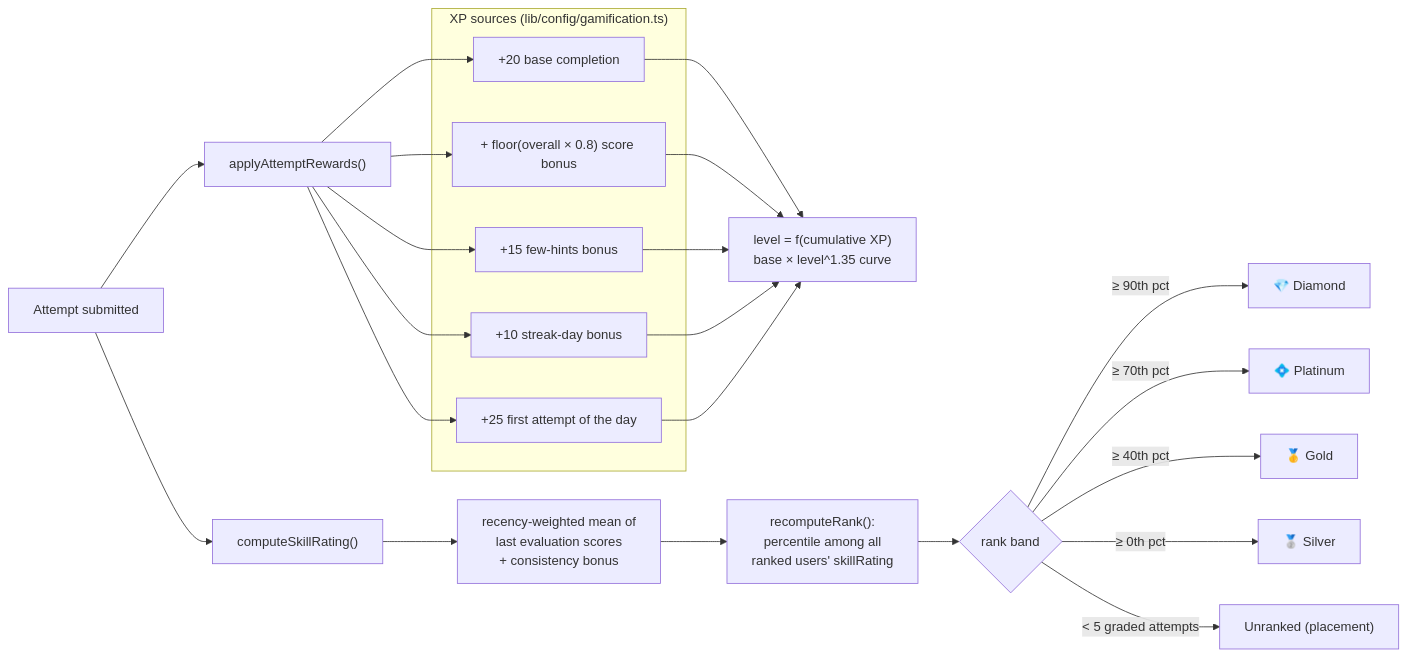
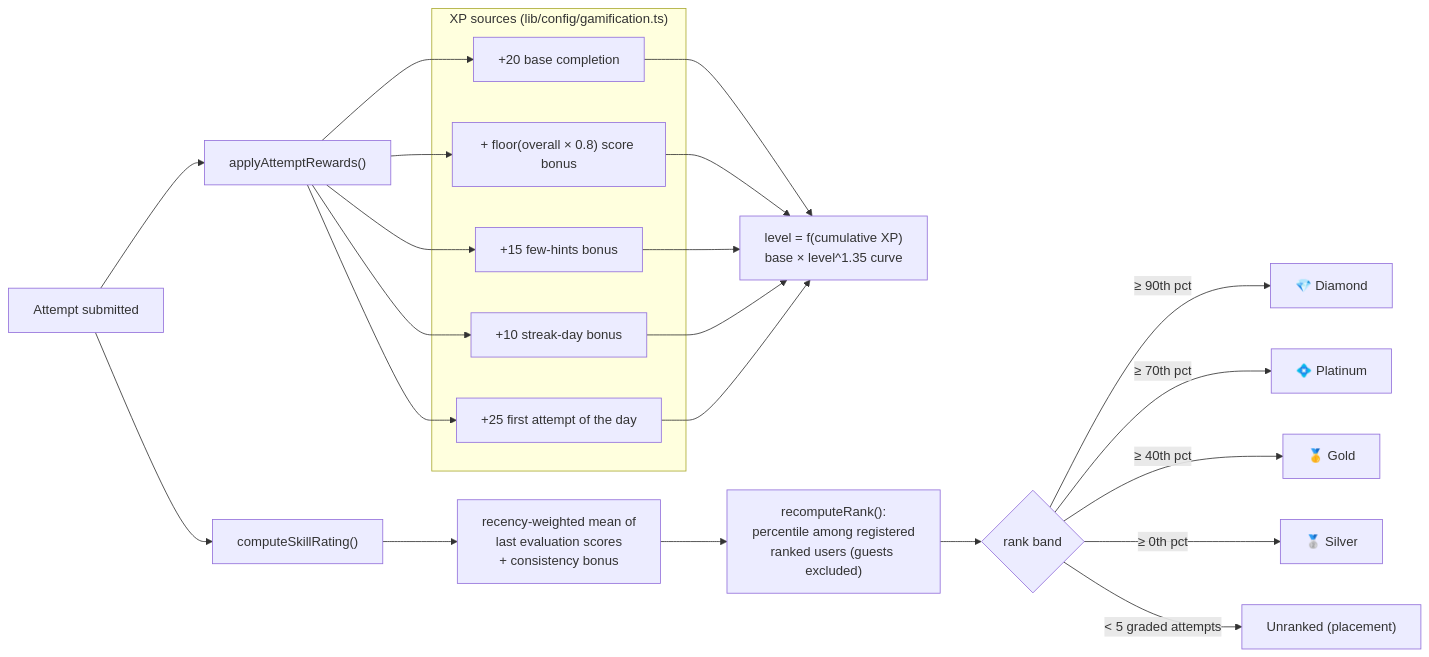
One commit to pr4t3ek/FAKEcases changed the sixth of 7 diagrams in docs/ARCHITECTURE.md. Above: the diagram before and after it, drawn with Mermaid. The commit also changed other lines of this file and 35 other files, not shown here.

````diff
--- a/docs/ARCHITECTURE.md
+++ b/docs/ARCHITECTURE.md
@@ -273,25 +309,25 @@
 ```mermaid
 flowchart LR
     Submit["Attempt submitted"] --> XP["applyAttemptRewards()"]
 
     subgraph XP calc["XP sources (lib/config/gamification.ts)"]
         X1["+20 base completion"]
         X2["+ floor(overall × 0.8) score bonus"]
         X3["+15 few-hints bonus"]
         X4["+10 streak-day bonus"]
         X5["+25 first attempt of the day"]
     end
     XP --> X1 & X2 & X3 & X4 & X5
     X1 & X2 & X3 & X4 & X5 --> Level["level = f(cumulative XP)\nbase × level^1.35 curve"]
 
     Submit --> Skill["computeSkillRating()"]
     Skill --> SR["recency-weighted mean of\nlast evaluation scores\n+ consistency bonus"]
-    SR --> Percentile["recomputeRank():\npercentile among all\nranked users' skillRating"]
+    SR --> Percentile["recomputeRank():\npercentile among registered\nranked users (guests excluded)"]
 
     Percentile --> Rank{"rank band"}
     Rank -->|"≥ 90th pct"| Diamond["💎 Diamond"]
     Rank -->|"≥ 70th pct"| Platinum["💠 Platinum"]
     Rank -->|"≥ 40th pct"| Gold["🥇 Gold"]
     Rank -->|"≥ 0th pct"| Silver["🥈 Silver"]
     Rank -->|"< 5 graded attempts"| Unranked["Unranked (placement)"]
 ```
````
